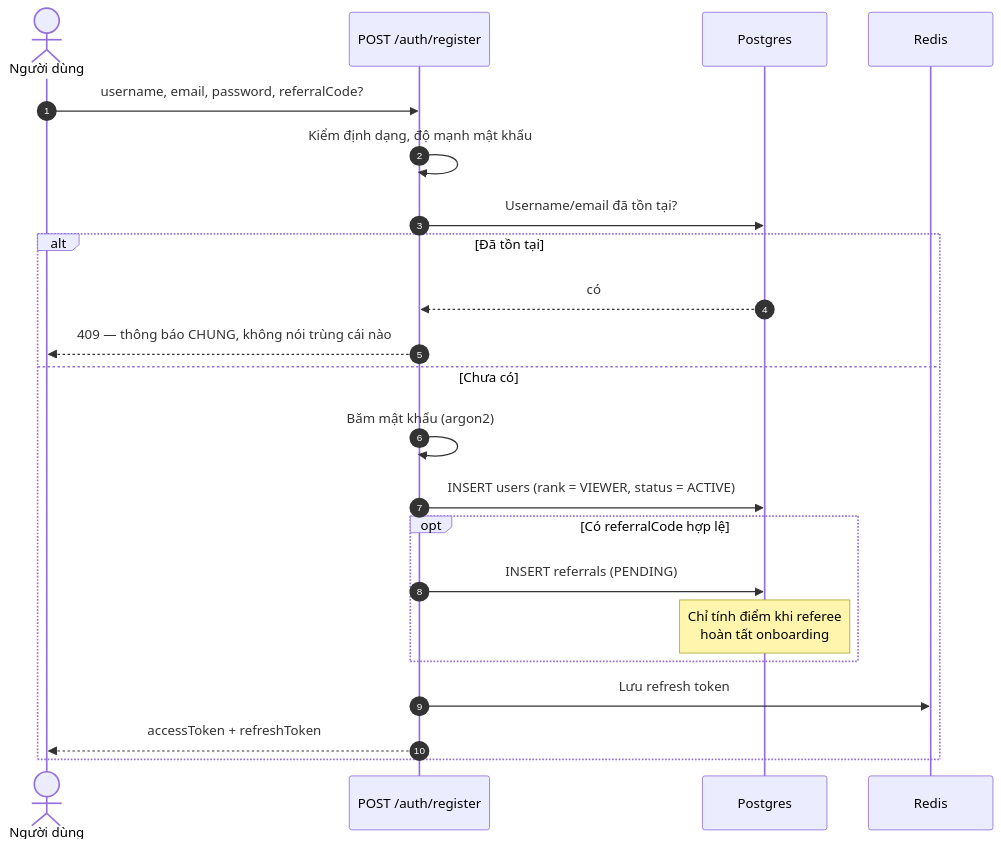
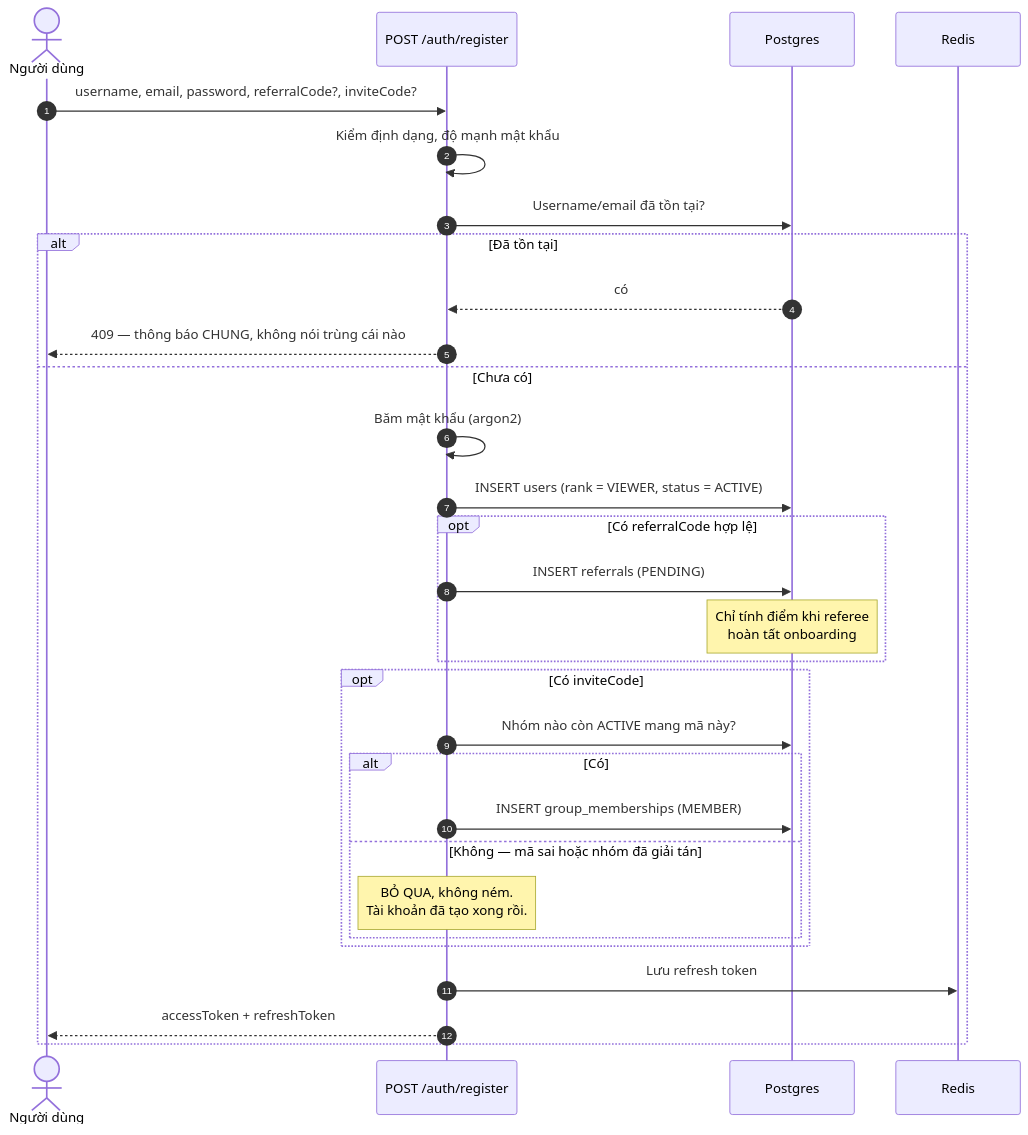
Before and after one commit to fdshn/trueheart: the first of 4 diagrams in docs/diagram/01-auth.md, drawn with Mermaid. The commit also changed other lines of this file and 20 other files, not shown here.

````diff
--- a/docs/diagram/01-auth.md
+++ b/docs/diagram/01-auth.md
@@ -7,25 +7,33 @@
 ```mermaid
 sequenceDiagram
     autonumber
     actor U as Người dùng
     participant API as POST /auth/register
     participant DB as Postgres
     participant R as Redis
 
-    U->>API: username, email, password, referralCode?
+    U->>API: username, email, password, referralCode?, inviteCode?
     API->>API: Kiểm định dạng, độ mạnh mật khẩu
     API->>DB: Username/email đã tồn tại?
     alt Đã tồn tại
         DB-->>API: có
         API-->>U: 409 — thông báo CHUNG, không nói trùng cái nào
     else Chưa có
         API->>API: Băm mật khẩu (argon2)
         API->>DB: INSERT users (rank = VIEWER, status = ACTIVE)
         opt Có referralCode hợp lệ
             API->>DB: INSERT referrals (PENDING)
             Note over DB: Chỉ tính điểm khi referee<br/>hoàn tất onboarding
         end
+        opt Có inviteCode
+            API->>DB: Nhóm nào còn ACTIVE mang mã này?
+            alt Có
+                API->>DB: INSERT group_memberships (MEMBER)
+            else Không — mã sai hoặc nhóm đã giải tán
+                Note over API: BỎ QUA, không ném.<br/>Tài khoản đã tạo xong rồi.
+            end
+        end
         API->>R: Lưu refresh token
         API-->>U: accessToken + refreshToken
     end
 ```
````
